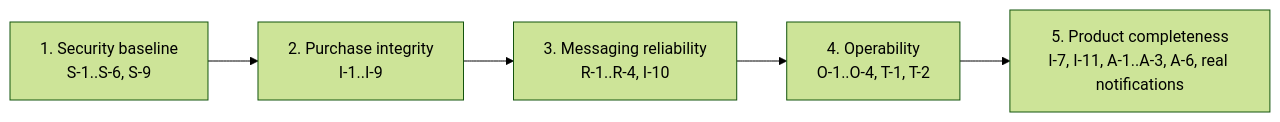
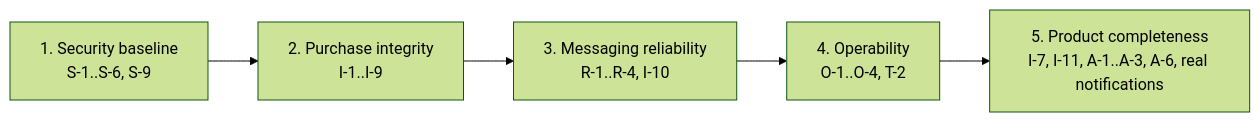
One commit to bmcnpnr/ecommerce-platform changed the diagram in docs/findings.md. Above: the diagram before and after it, drawn with Mermaid (forest theme). The commit also changed other lines of this file and 28 other files, not shown here.

````diff
--- a/docs/findings.md
+++ b/docs/findings.md
@@ -251,7 +346,7 @@
 ```mermaid
 flowchart LR
     P1["1. Security baseline<br/>S-1..S-6, S-9"] --> P2["2. Purchase integrity<br/>I-1..I-9"]
     P2 --> P3["3. Messaging reliability<br/>R-1..R-4, I-10"]
-    P3 --> P4["4. Operability<br/>O-1..O-4, T-1, T-2"]
+    P3 --> P4["4. Operability<br/>O-1..O-4, T-2"]
     P4 --> P5["5. Product completeness<br/>I-7, I-11, A-1..A-3, A-6, real notifications"]
 ```
````
